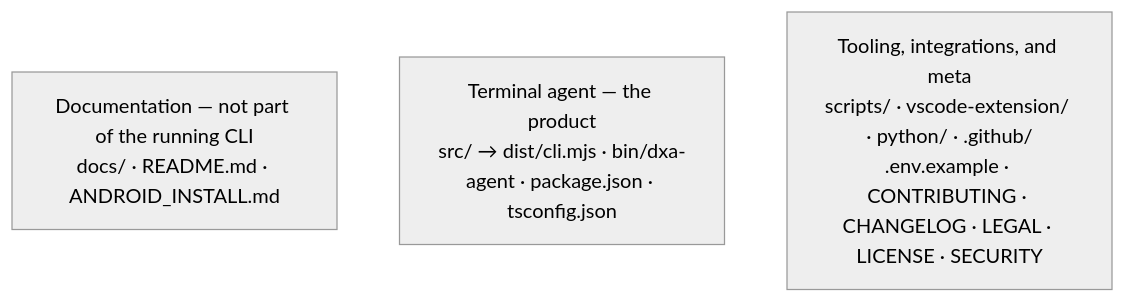
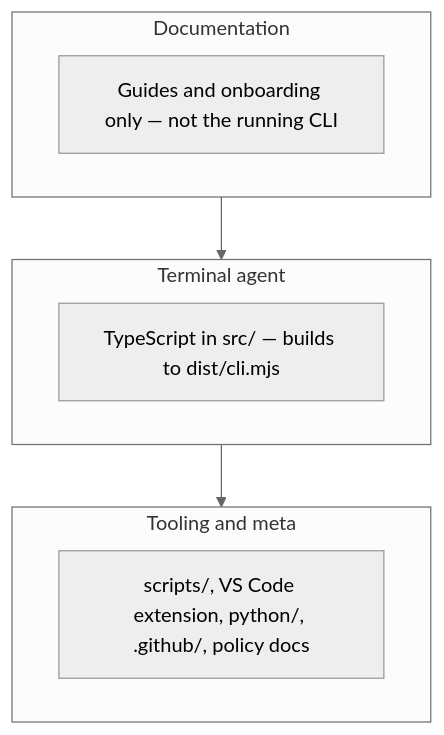
Before and after one commit to dxiv/dxa-agent: the first of 2 diagrams in README.md, drawn with Mermaid (neutral theme). The commit also changed other lines of this file, not shown here.

Commit message:
docs(readme): shorter Mermaid labels, vertical stack; UK artefacts

````diff
--- a/README.md
+++ b/README.md
@@ -271,6 +271,14 @@
 ```mermaid
 flowchart TB
-  R1["Documentation — not part of the running CLI<br/>docs/ · README.md · ANDROID_INSTALL.md"]
-  R2["Terminal agent — the product<br/>src/ → dist/cli.mjs · bin/dxa-agent · package.json · tsconfig.json"]
-  R3["Tooling, integrations, and meta<br/>scripts/ · vscode-extension/ · python/ · .github/<br/>.env.example · CONTRIBUTING · CHANGELOG · LEGAL · LICENSE · SECURITY"]
+  subgraph L1[Documentation]
+    A[Guides and onboarding only — not the running CLI]
+  end
+  subgraph L2[Terminal agent]
+    B[TypeScript in src/ — builds to dist/cli.mjs]
+  end
+  subgraph L3[Tooling and meta]
+    C[scripts/, VS Code extension, python/, .github/, policy docs]
+  end
+  L1 --> L2
+  L2 --> L3
 ```
````
